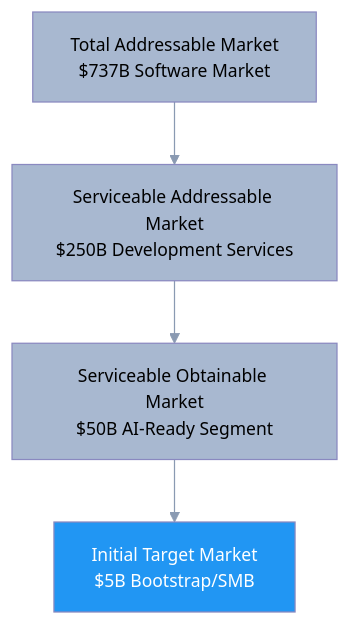
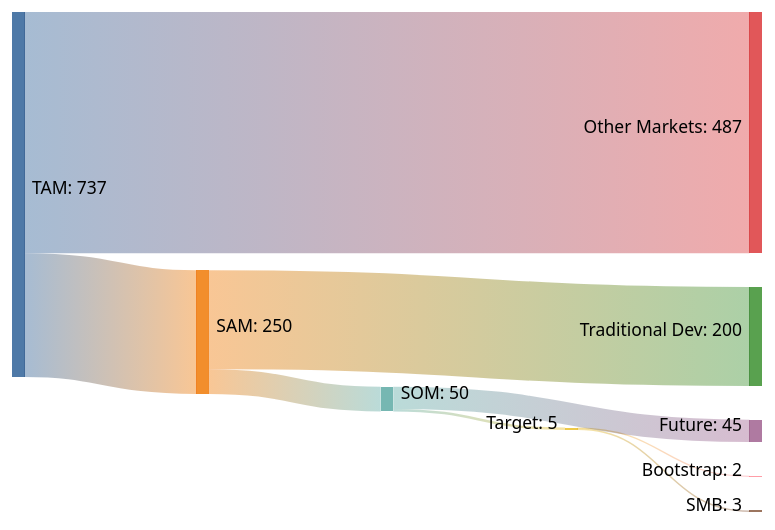
Before and after one commit to o2alexanderfedin/AI-Hive-Business-Docs: the first of 7 diagrams in business-documents/market-analysis/07-market-opportunities.md, drawn with Mermaid. The commit also changed other lines of this file, not shown here.

Commit message:
Convert Macro Opportunity Assessment to Sankey diagram
- Replaced linear flow diagram with Sankey visualization
- Shows market flow from TAM ($737B) to Target ($5B)
- Visualizes both captured and excluded market segments
- Uses clean labeling format with colons (TAM:, SAM:, etc.)
- Added title indicating values are in billions USD
- Better represents market splits and opportunity flow
- Removed target diagram after comparison - Sankey is clearer

🤖 Generated with [Claude Code](https://claude.ai/code)

````diff
--- a/business-documents/market-analysis/07-market-opportunities.md
+++ b/business-documents/market-analysis/07-market-opportunities.md
@@ -12,71 +14,74 @@
 ```mermaid
 %%{init: {
   'theme': 'base',
   'themeVariables': {
     'primaryColor': '#A8B8D0',
     'primaryTextColor': '#000000',
     'primaryBorderColor': '#8A9AB2',
     'lineColor': '#8A9AB2',
     'secondaryColor': '#5DBCB6',
     'secondaryTextColor': '#000000',
     'secondaryBorderColor': '#3D9A94',
     'tertiaryColor': '#84D4F5',
     'tertiaryTextColor': '#000000',
     'tertiaryBorderColor': '#5ABCD8',
     'background': '#F5F5F5',
     'mainBkg': '#A8B8D0',
     'secondBkg': '#5DBCB6',
     'tertiaryBkg': '#84D4F5',
     'mainContrastColor': '#000000',
     'darkMode': false,
     'fontFamily': 'Arial, sans-serif',
     'fontSize': '14px',
     'labelBackground': '#E8E8E8',
     'textColor': '#000000',
     'nodeBkg': '#B3B2D8',
     'nodeTextColor': '#000000',
     'nodeBorder': '#8A89C0',
     'clusterBkg': '#E5C4CA',
     'clusterBorder': '#CDA2AB',
     'defaultLinkColor': '#8A9AB2',
     'titleColor': '#000000',
     'edgeLabelBackground': '#F5F5F5',
     'actorBorder': '#8A9AB2',
     'actorBkg': '#B3B2D8',
     'actorTextColor': '#000000',
     'actorLineColor': '#8A9AB2',
     'signalColor': '#000000',
     'signalTextColor': '#000000',
     'activationBorderColor': '#8A9AB2',
     'activationBkgColor': '#E5C4CA',
     'sequenceNumberColor': '#000000',
     'sectionBkgColor': '#FFD54F',
     'altSectionBkgColor': '#FFB74D',
     'sectionBkgColor2': '#E1B3C4',
     'taskBorderColor': '#8A9AB2',
     'taskBkgColor': '#B3B2D8',
     'taskTextColor': '#000000',
     'taskTextLightColor': '#000000',
     'taskTextOutsideColor': '#000000',
     'taskTextClickableColor': '#000000',
     'activeTaskBorderColor': '#A8B8D0',
     'activeTaskBkgColor': '#84D4F5',
     'gridColor': '#C0C0C0',
     'doneTaskBkgColor': '#5DBCB6',
     'doneTaskBorderColor': '#3D9A94',
     'critBorderColor': '#E27D00',
     'critBkgColor': '#FFB74D',
     'todayLineColor': '#E27D00',
     'labelColor': '#000000',
     'errorBkgColor': '#E1B3C4',
     'errorTextColor': '#000000'
   }
 }}%%
-graph TD
-    A[Total Addressable Market<br/>$737B Software Market] --> B[Serviceable Addressable Market<br/>$250B Development Services]
-    B --> C[Serviceable Obtainable Market<br/>$50B AI-Ready Segment]
-    C --> D[Initial Target Market<br/>$5B Bootstrap/SMB]
-
-
-    style D fill:#2196F3,color:#fff
+%%{init: {"theme": "base", "themeVariables": {"primaryColor": "#A8B8D0", "primaryTextColor": "#000", "primaryBorderColor": "#8A9AB2", "lineColor": "#5DBCB6", "fontFamily": "Arial, sans-serif"}}}%%
+sankey-beta
+  TAM:,SAM:,250
+  TAM:,Other Markets:,487
+  SAM:,SOM:,50
+  SAM:,Traditional Dev:,200
+  SOM:,Target:,5
+  SOM:,Future:,45
+  Target:,Bootstrap:,2
+  Target:,SMB:,3
 ```
````
